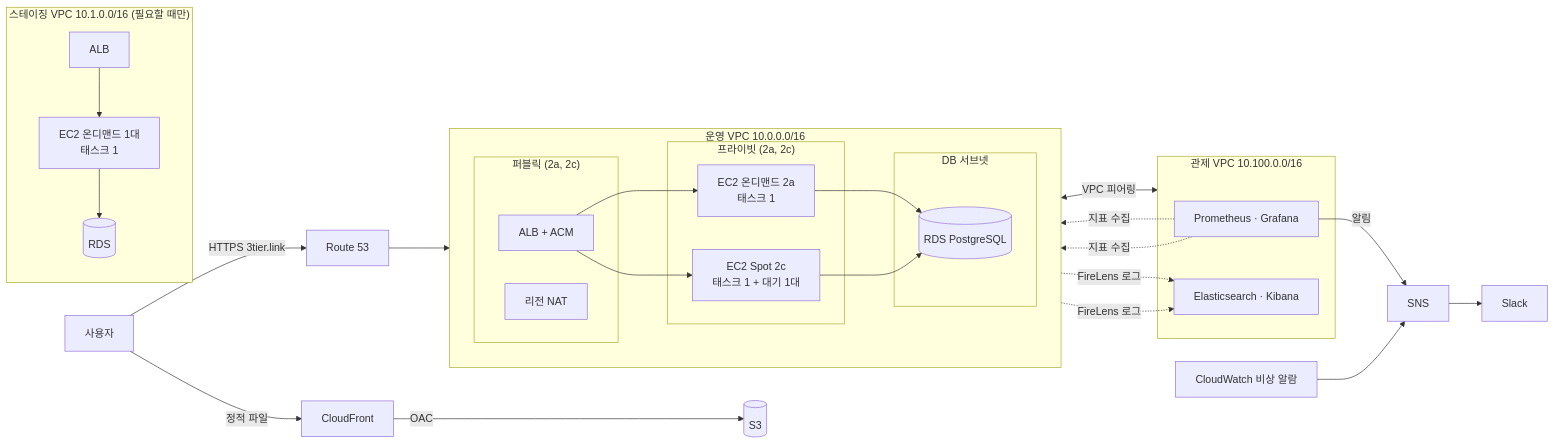
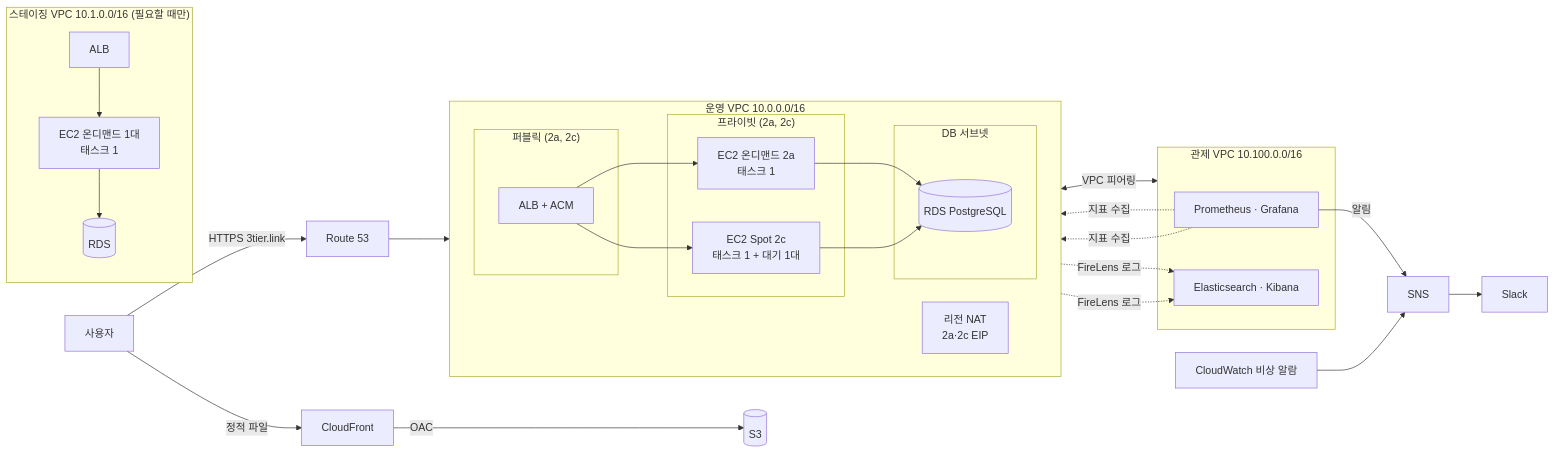
One commit to DDongHyun00/3-tier-terraform-ecs changed the diagram in README.md. Above: the diagram before and after it, drawn with Mermaid. The commit also changed other lines of this file and 38 other files, not shown here.

````diff
--- a/README.md
+++ b/README.md
@@ -24,38 +24,38 @@
 ```mermaid
 flowchart LR
     U[사용자] -->|HTTPS 3tier.link| R53[Route 53]
     R53 --> ALB
     U -->|정적 파일| CF[CloudFront] -->|OAC| S3[(S3)]
 
     subgraph PROD["운영 VPC 10.0.0.0/16"]
         direction LR
         subgraph PUB["퍼블릭 (2a, 2c)"]
             ALB[ALB + ACM]
-            NAT[리전 NAT]
         end
+        NAT[리전 NAT<br/>2a·2c EIP]
         subgraph PRIV["프라이빗 (2a, 2c)"]
             OD[EC2 온디맨드 2a<br/>태스크 1]
             SP[EC2 Spot 2c<br/>태스크 1 + 대기 1대]
         end
         subgraph DBS["DB 서브넷"]
             RDS[(RDS PostgreSQL)]
         end
     end
 
     subgraph MON["관제 VPC 10.100.0.0/16"]
         PG[Prometheus · Grafana]
         ELK[Elasticsearch · Kibana]
     end
 
     subgraph STG["스테이징 VPC 10.1.0.0/16 (필요할 때만)"]
         SALB[ALB] --> SEC[EC2 온디맨드 1대<br/>태스크 1] --> SRDS[(RDS)]
     end
 
     ALB --> OD & SP
     OD & SP --> RDS
     OD & SP -.->|FireLens 로그| ELK
     PG -.->|지표 수집| OD & SP
     PROD <-->|VPC 피어링| MON
     PG -->|알림| SNS[SNS] --> SL[Slack]
     CW[CloudWatch 비상 알람] --> SNS
 ```
````
